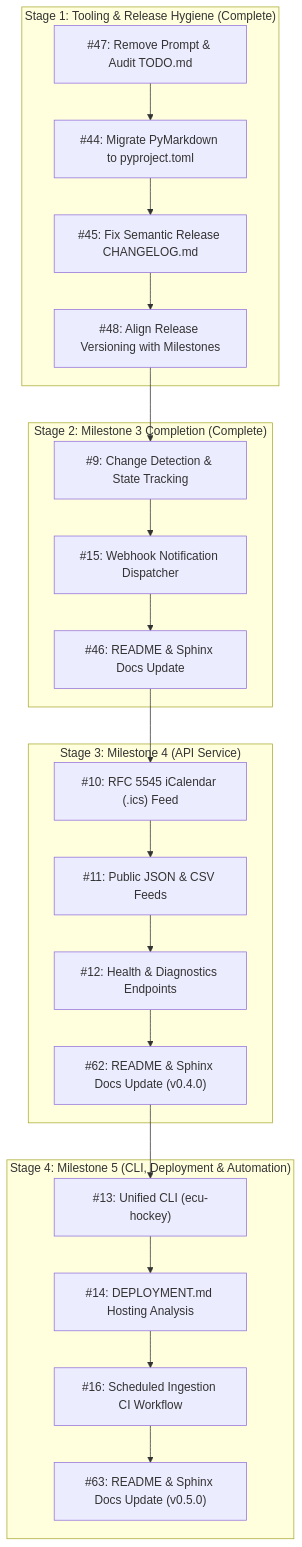
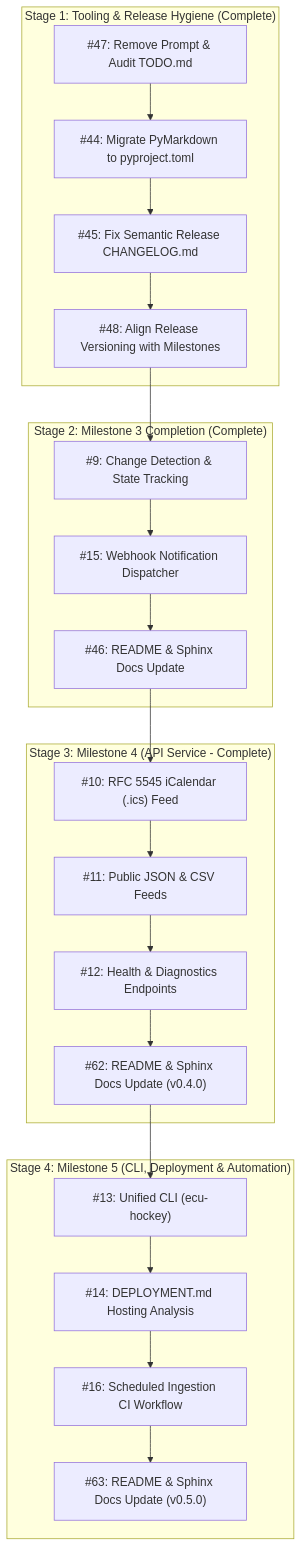
One commit to bdperkin/ecu-hockey-calendar changed the second of 2 diagrams in TODO.md. Above: the diagram before and after it, drawn with Mermaid. The commit also changed other lines of this file and 6 other files, not shown here.

````diff
--- a/TODO.md
+++ b/TODO.md
@@ -281,44 +281,44 @@
 ```mermaid
 flowchart TD
     subgraph HYGIENE["Stage 1: Tooling & Release Hygiene (Complete)"]
         T47["#47: Remove Prompt & Audit TODO.md"]
         T44["#44: Migrate PyMarkdown to pyproject.toml"]
         T45["#45: Fix Semantic Release CHANGELOG.md"]
         T48["#48: Align Release Versioning with Milestones"]
     end
 
     subgraph M3["Stage 2: Milestone 3 Completion (Complete)"]
         T9["#9: Change Detection & State Tracking"]
         T15["#15: Webhook Notification Dispatcher"]
         T46["#46: README & Sphinx Docs Update"]
     end
 
-    subgraph M4["Stage 3: Milestone 4 (API Service)"]
+    subgraph M4["Stage 3: Milestone 4 (API Service - Complete)"]
         T10["#10: RFC 5545 iCalendar (.ics) Feed"]
         T11["#11: Public JSON & CSV Feeds"]
         T12["#12: Health & Diagnostics Endpoints"]
         T62["#62: README & Sphinx Docs Update (v0.4.0)"]
     end
 
     subgraph M5["Stage 4: Milestone 5 (CLI, Deployment & Automation)"]
         T13["#13: Unified CLI (ecu-hockey)"]
         T14["#14: DEPLOYMENT.md Hosting Analysis"]
         T16["#16: Scheduled Ingestion CI Workflow"]
         T63["#63: README & Sphinx Docs Update (v0.5.0)"]
     end
 
     T47 --> T44
     T44 --> T45
     T45 --> T48
     T48 --> T9
     T9 --> T15
     T15 --> T46
     T46 --> T10
     T10 --> T11
     T11 --> T12
     T12 --> T62
     T62 --> T13
     T13 --> T14
     T14 --> T16
     T16 --> T63
 ```
````
